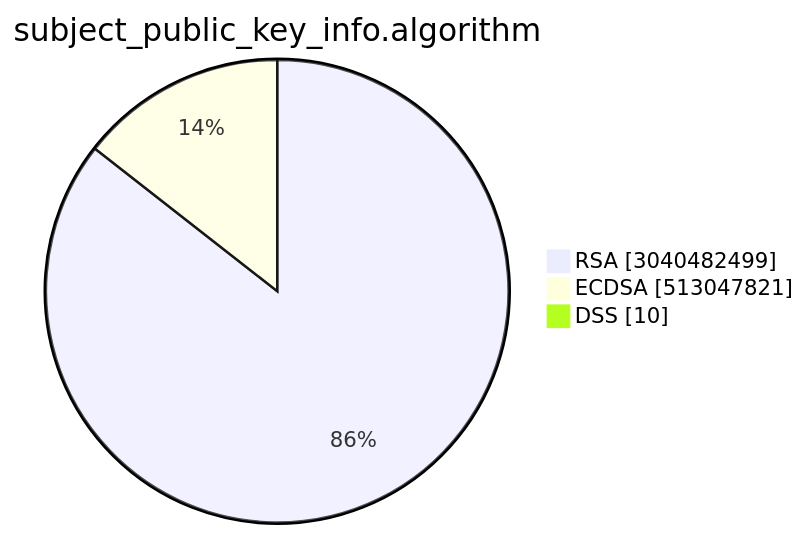
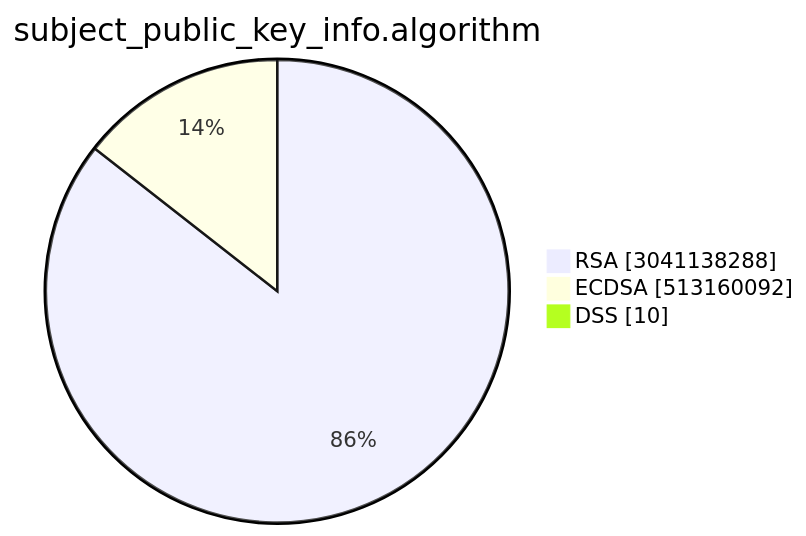
The second of 15 diagrams in TOTAL/README.md (christiankrug/ctmonitor_visualization), drawn with Mermaid before and after one commit. The commit also changed other lines of this file, not shown here.

````diff
--- a/TOTAL/README.md
+++ b/TOTAL/README.md
@@ -6,7 +6,7 @@
 ```mermaid
 pie showData
 title subject_public_key_info.algorithm
-"RSA" :3040482499
-"ECDSA" :513047821
+"RSA" :3041138288
+"ECDSA" :513160092
 "DSS" :10
 ```
````
